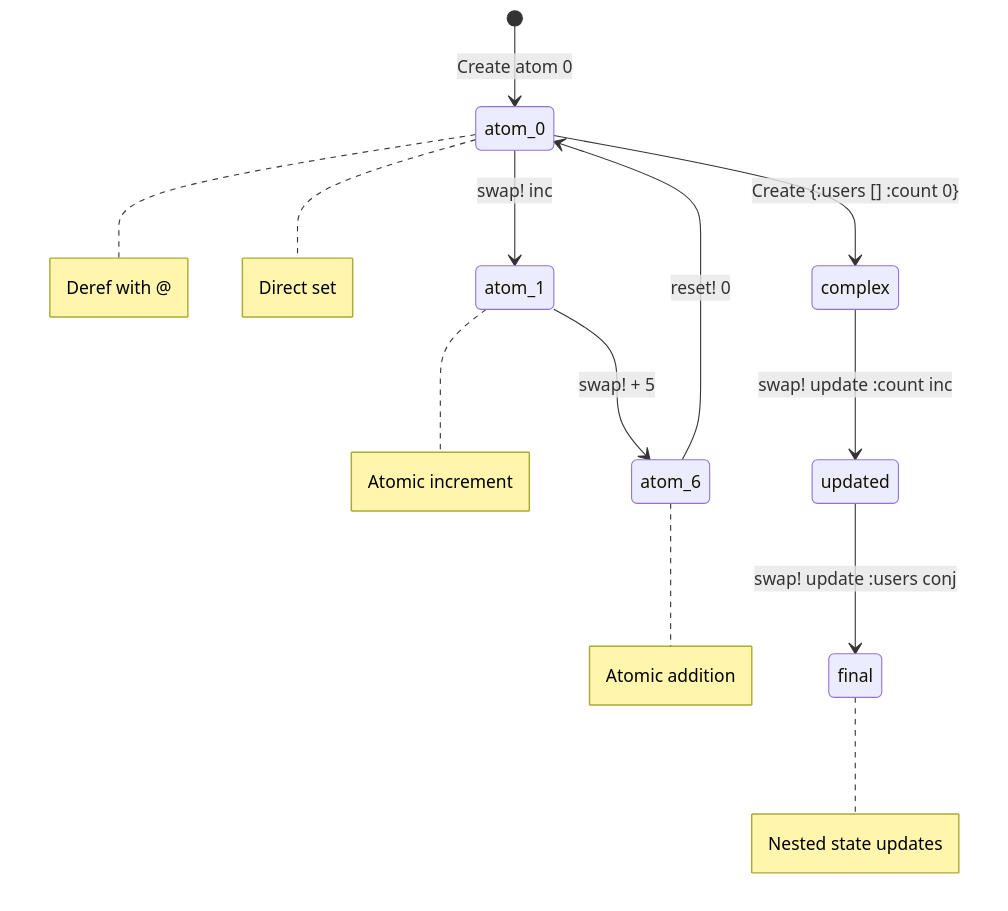
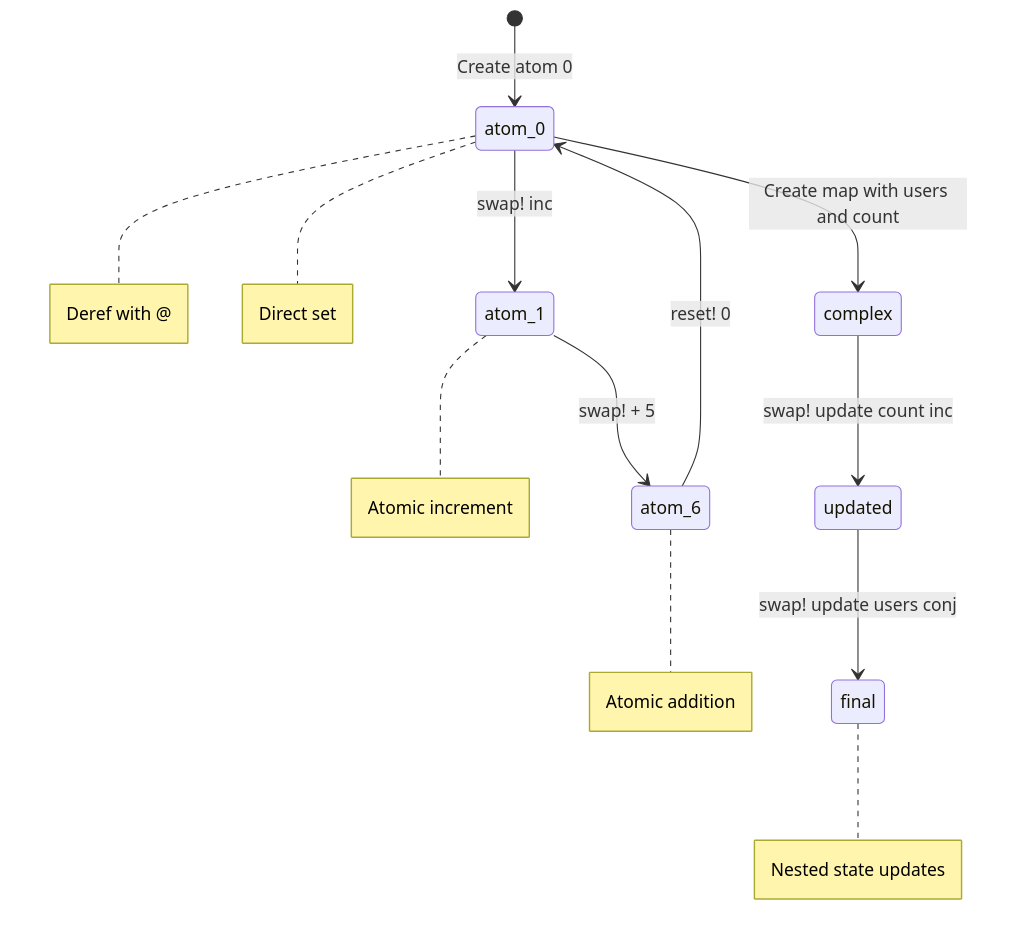
Before and after one commit to wahidyankf/open-sharia-enterprise: the third of 10 diagrams in apps/ayokoding-web/content/en/learn/software-engineering/programming-languages/clojure/tutorials/by-example/intermediate.md, drawn with Mermaid. The commit also changed 2 other files, not shown here.

Commit message:
fix(ayokoding-web): remove colons from Clojure intermediate Example 33 Mermaid state diagram edge labels
- Removed colons from edge labels in stateDiagram-v2
- Changed ':count' to 'count' and ':users' to 'users'
- Removed curly braces from map description
- Updated Diagrams Convention with new rule about state diagram
  edge label colon restrictions
- Updated CLAUDE.md with state diagram edge label guidance

Issue: stateDiagram-v2 uses colon as separator (state1 --> state2:
label), so colons in label text break parser

````diff
--- a/apps/ayokoding-web/content/en/learn/software-engineering/programming-languages/clojure/tutorials/by-example/intermediate.md
+++ b/apps/ayokoding-web/content/en/learn/software-engineering/programming-languages/clojure/tutorials/by-example/intermediate.md
@@ -213,17 +213,17 @@
 ```mermaid
 %% Atom state transitions
 stateDiagram-v2
     [*] --> atom_0: Create atom 0
     atom_0 --> atom_1: swap! inc
     atom_1 --> atom_6: swap! + 5
     atom_6 --> atom_0: reset! 0
-    atom_0 --> complex: Create {:users [] :count 0}
-    complex --> updated: swap! update :count inc
-    updated --> final: swap! update :users conj
+    atom_0 --> complex: Create map with users and count
+    complex --> updated: swap! update count inc
+    updated --> final: swap! update users conj
 
     note right of atom_0: Deref with @
     note right of atom_1: Atomic increment
     note right of atom_6: Atomic addition
     note right of atom_0: Direct set
     note right of final: Nested state updates
 ```
````
